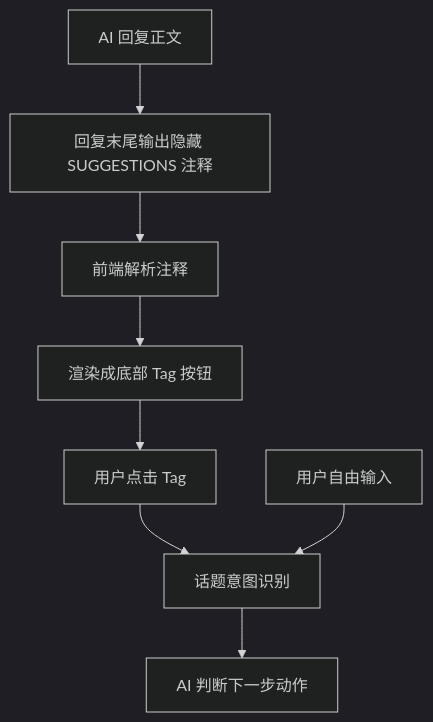
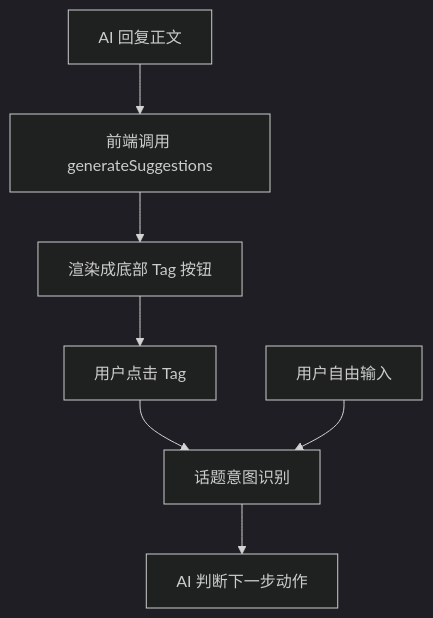
The second of 2 diagrams in docs/reflection-ai-flow-and-tag-logic.md (lumia-zhu/adhdplanner_windows), drawn with Mermaid (dark theme) before and after one commit. The commit also changed other lines of this file and 11 other files, not shown here.

````diff
--- a/docs/reflection-ai-flow-and-tag-logic.md
+++ b/docs/reflection-ai-flow-and-tag-logic.md
@@ -218,10 +223,9 @@
 ```mermaid
 flowchart TD
-  aiReply["AI 回复正文"] --> hiddenSuggestions["回复末尾输出隐藏 SUGGESTIONS 注释"]
-  hiddenSuggestions --> frontendParse["前端解析注释"]
-  frontendParse --> renderButtons["渲染成底部 Tag 按钮"]
+  aiReply["AI 回复正文"] --> suggestionCall["前端调用 generateSuggestions"]
+  suggestionCall --> renderButtons["渲染成底部 Tag 按钮"]
   renderButtons --> userSelects["用户点击 Tag"]
   userSelects --> topicIntent["话题意图识别"]
   userInput["用户自由输入"] --> topicIntent
   topicIntent --> aiNextIntent["AI 判断下一步动作"]
 ```
````
